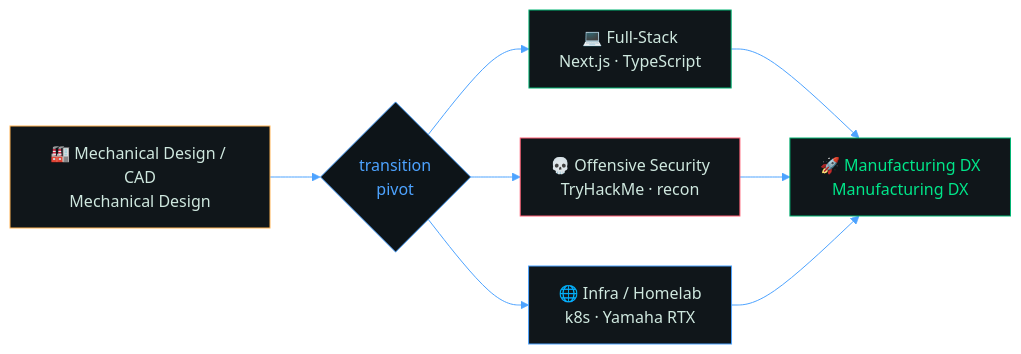
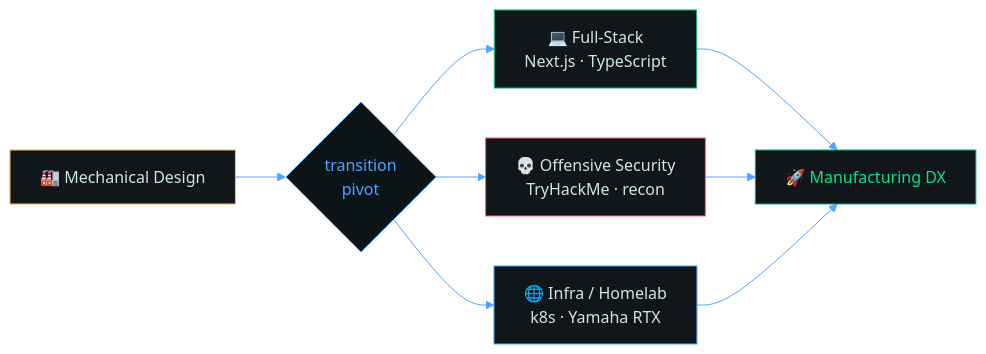
One commit to FumiakiC/FumiakiC changed the second of 2 diagrams in README.md. Above: the diagram before and after it, drawn with Mermaid. The commit also changed other lines of this file, not shown here.

````diff
--- a/README.md
+++ b/README.md
@@ -165,17 +165,17 @@
 ```mermaid
 %%{init: {'theme':'base','themeVariables':{'primaryColor':'#10161a','primaryTextColor':'#cfe8df','primaryBorderColor':'#00b473','lineColor':'#4da3ff','fontFamily':'monospace'}}}%%
 flowchart LR
-  A["🏭 Mechanical Design / CAD<br/>Mechanical Design"]:::hw --> P{"transition<br/>pivot"}:::pivot
+  A["🏭 Mechanical Design"]:::hw --> P{"transition<br/>pivot"}:::pivot
   P --> B["💻 Full-Stack<br/>Next.js · TypeScript"]:::sw
   P --> C["💀 Offensive Security<br/>TryHackMe · recon"]:::sec
   P --> D["🌐 Infra / Homelab<br/>k8s · Yamaha RTX"]:::infra
-  B --> Z["🚀 Manufacturing DX<br/>Manufacturing DX"]:::goal
+  B --> Z["🚀 Manufacturing DX"]:::goal
   C --> Z
   D --> Z
   classDef hw fill:#10161a,stroke:#ffb454,color:#cfe8df;
   classDef pivot fill:#0d1418,stroke:#4da3ff,color:#4da3ff;
   classDef sw fill:#10161a,stroke:#00b473,color:#cfe8df;
   classDef sec fill:#10161a,stroke:#ff5c72,color:#cfe8df;
   classDef infra fill:#10161a,stroke:#4da3ff,color:#cfe8df;
   classDef goal fill:#10161a,stroke:#00b473,color:#00e68a;
 ```
````
